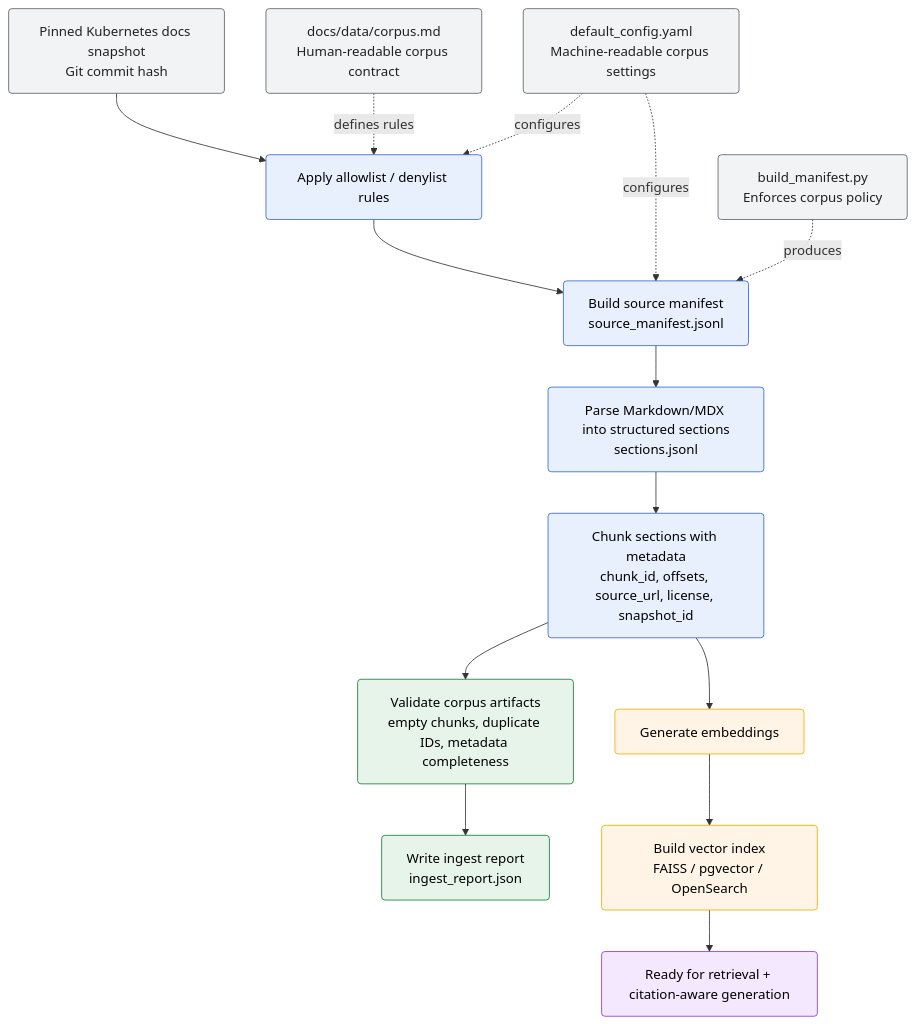
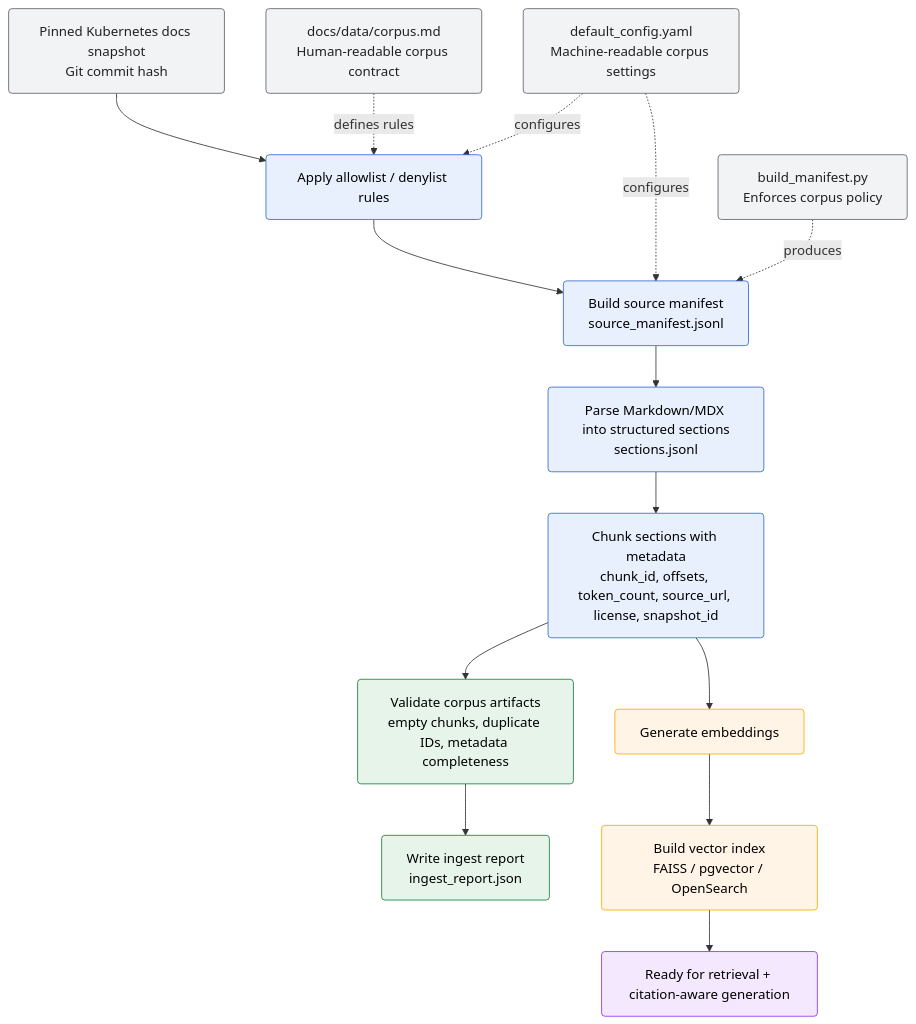
The diagram in docs/diagrams/ingestion_pipeline.mmd (pylabview/supportdoc-rag-chatbot), drawn with Mermaid before and after one commit. The commit also changed 6 other files, not shown here.

```diff
--- a/docs/diagrams/ingestion_pipeline.mmd
+++ b/docs/diagrams/ingestion_pipeline.mmd
@@ -1,32 +1,32 @@
 flowchart TD
     %% Define style classes
     classDef input fill:#f1f3f4,stroke:#5f6368,stroke-width:1px,color:#202124,rx:4,ry:4;
     classDef process fill:#e8f0fe,stroke:#3367d6,stroke-width:1px,color:#000,rx:4,ry:4;
     classDef validate fill:#e6f4ea,stroke:#188038,stroke-width:1px,color:#000,rx:4,ry:4;
     classDef embed fill:#fff4e5,stroke:#f9ab00,stroke-width:1px,color:#000,rx:4,ry:4;
     classDef output fill:#f3e8fd,stroke:#9334e6,stroke-width:1px,color:#000,rx:4,ry:4;
 
     %% Flow
     A[Pinned Kubernetes docs snapshot<br/>Git commit hash] --> B[Apply allowlist / denylist rules]
     B --> C[Build source manifest<br/>source_manifest.jsonl]
     C --> D[Parse Markdown/MDX into structured sections<br/>sections.jsonl]
-    D --> E[Chunk sections with metadata<br/>chunk_id, offsets, source_url, license, snapshot_id]
+    D --> E[Chunk sections with metadata<br/>chunk_id, offsets, token_count, source_url, license, snapshot_id]
     E --> F[Validate corpus artifacts<br/>empty chunks, duplicate IDs, metadata completeness]
     F --> G[Write ingest report<br/>ingest_report.json]
     E --> H[Generate embeddings]
     H --> I[Build vector index<br/>FAISS / pgvector / OpenSearch]
     I --> J[Ready for retrieval + citation-aware generation]
 
     %% References / configs
     K[docs/data/corpus.md<br/>Human-readable corpus contract] -. defines rules .-> B
     L[default_config.yaml<br/>Machine-readable corpus settings] -. configures .-> B
     L -. configures .-> C
     M[build_manifest.py<br/>Enforces corpus policy] -. produces .-> C
 
     %% Apply class styling
     class A input;
     class B,C,D,E process;
     class F,G validate;
     class H,I embed;
     class J output;
     class K,L,M input;
```
